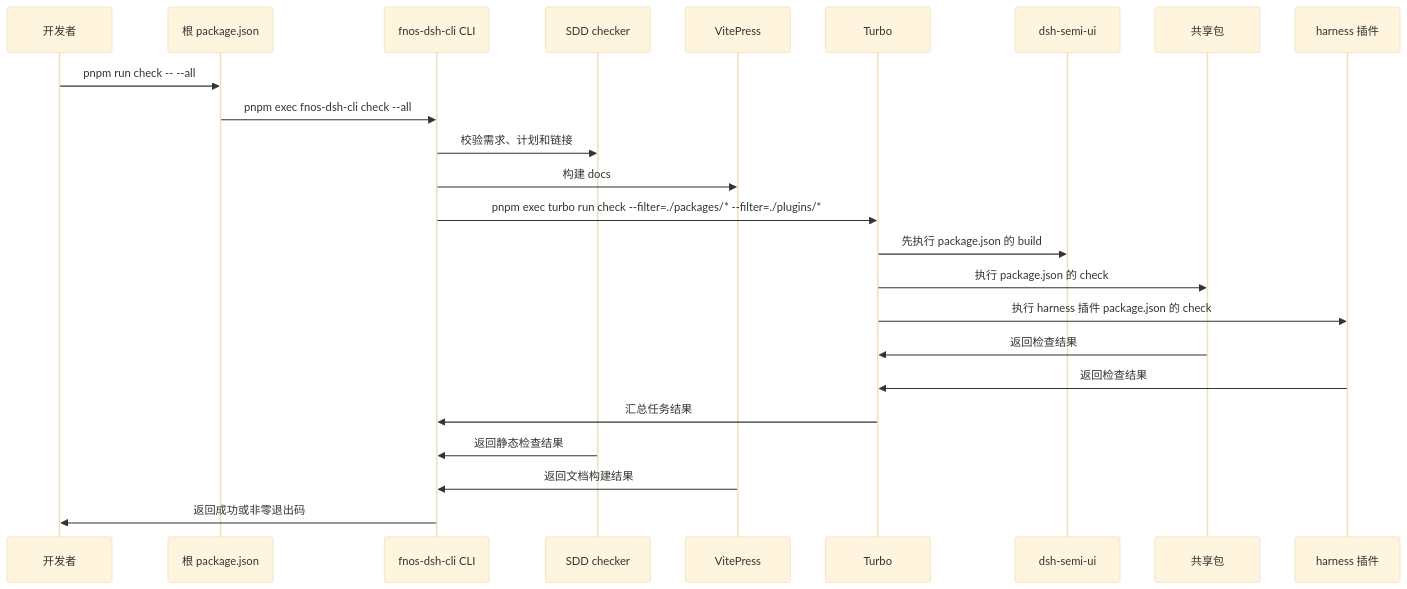
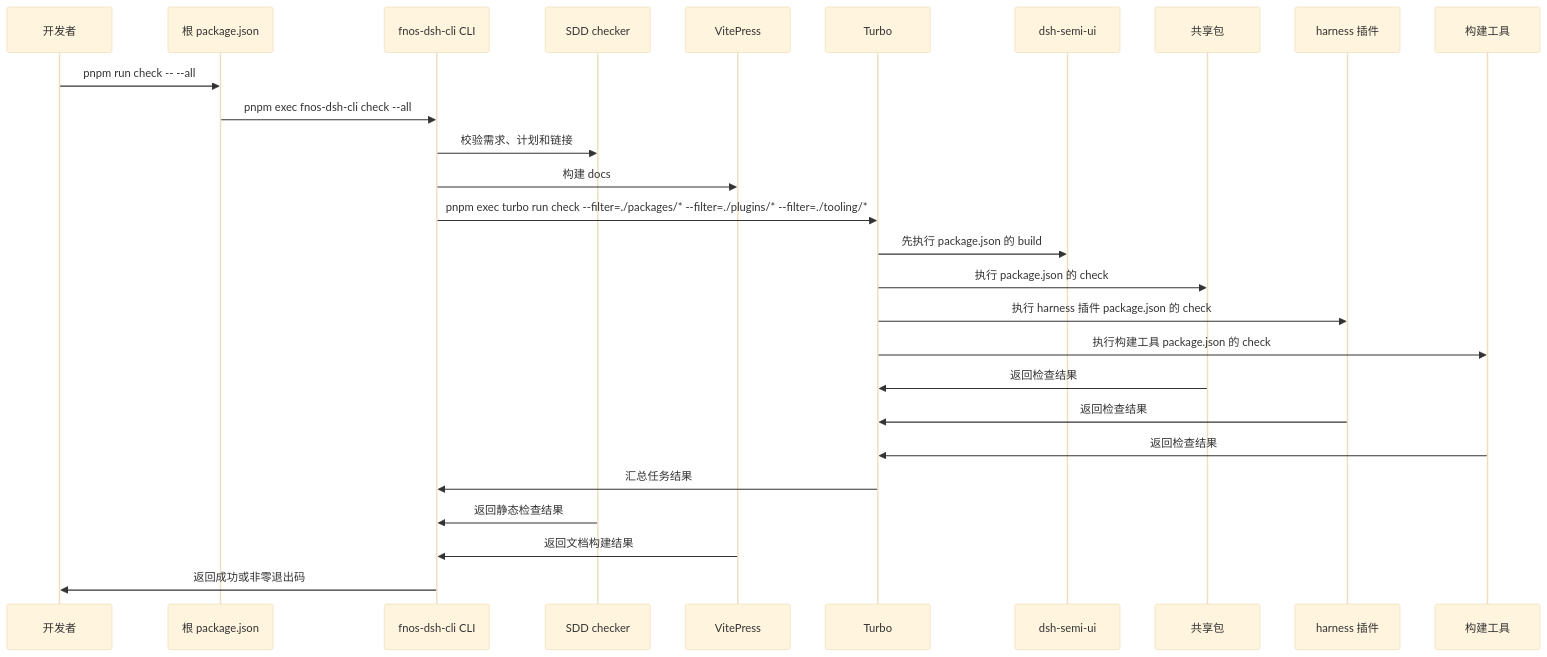
The seventh of 9 diagrams in docs/development/turbo-tasks.md (FNOSP/fnos-dsh), drawn with Mermaid (base theme) before and after one commit. The commit also changed other lines of this file and 5 other files, not shown here.

First line of the commit message:
ci(check): cover tooling/* in check --all

````diff
--- a/docs/development/turbo-tasks.md
+++ b/docs/development/turbo-tasks.md
@@ -263,27 +264,30 @@
 ```mermaid
 sequenceDiagram
   participant developer as 开发者
   participant root as 根 package.json
   participant cli as fnos-dsh-cli CLI
   participant checker as SDD checker
   participant vitepress as VitePress
   participant turbo as Turbo
   participant semi as dsh-semi-ui
   participant packages as 共享包
   participant plugins as harness 插件
+  participant tooling as 构建工具
 
   developer->>root: pnpm run check -- --all
   root->>cli: pnpm exec fnos-dsh-cli check --all
   cli->>checker: 校验需求、计划和链接
   cli->>vitepress: 构建 docs
-  cli->>turbo: pnpm exec turbo run check --filter=./packages/* --filter=./plugins/*
+  cli->>turbo: pnpm exec turbo run check --filter=./packages/* --filter=./plugins/* --filter=./tooling/*
   turbo->>semi: 先执行 package.json 的 build
   turbo->>packages: 执行 package.json 的 check
   turbo->>plugins: 执行 harness 插件 package.json 的 check
+  turbo->>tooling: 执行构建工具 package.json 的 check
   packages->>turbo: 返回检查结果
   plugins->>turbo: 返回检查结果
+  tooling->>turbo: 返回检查结果
   turbo->>cli: 汇总任务结果
   checker->>cli: 返回静态检查结果
   vitepress->>cli: 返回文档构建结果
   cli->>developer: 返回成功或非零退出码
 ```
````
